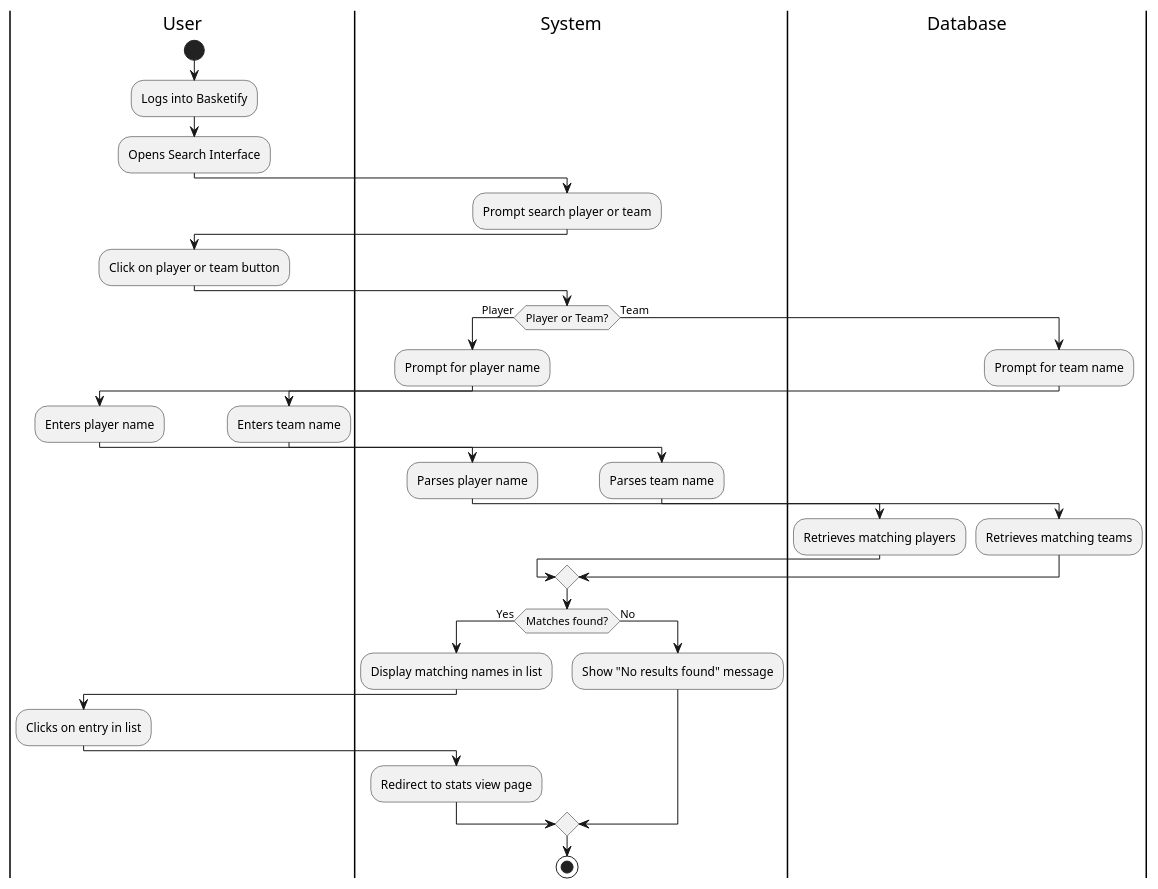
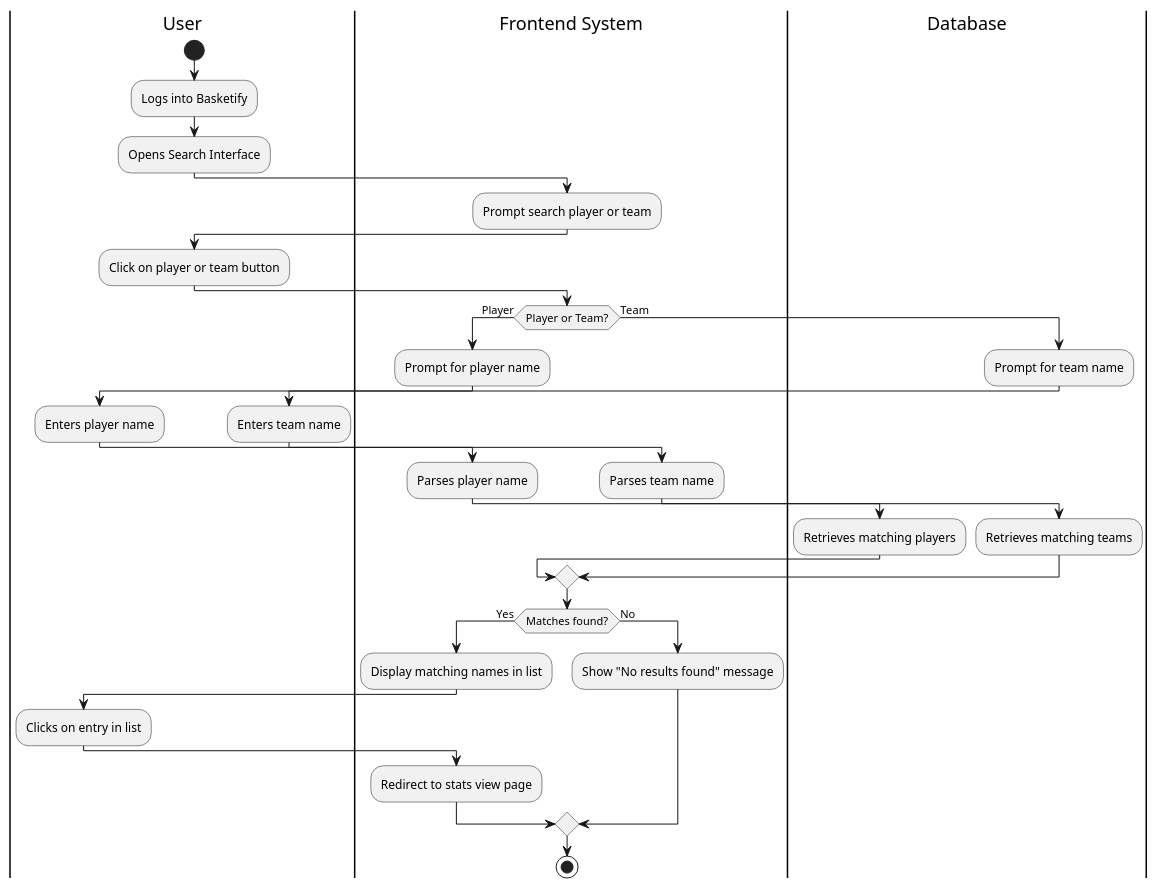
One commit to arongu321/Basketify_SBX changed the third of 9 diagrams in diagrams/Activity/activity.puml. Above: the diagram before and after it, drawn with PlantUML. The commit also changed other lines of this file and 10 other files, not shown here.

```diff
--- a/diagrams/Activity/activity.puml
+++ b/diagrams/Activity/activity.puml
@@ -141,43 +168,43 @@
 @startuml SearchFunctionality
 |User|
 start
 :Logs into Basketify;
 :Opens Search Interface;
 
-|System|
+|Frontend System|
 :Prompt search player or team;
 
 |User|
 :Click on player or team button;
 
-|System|
+|Frontend System|
 if (Player or Team?) then (Player)
     :Prompt for player name;
     |User|
     :Enters player name;
-    |System|
+    |Frontend System|
     :Parses player name;
     |Database|
     :Retrieves matching players;
 else (Team)
     :Prompt for team name;
     |User|
     :Enters team name;
-    |System|
+    |Frontend System|
     :Parses team name;
     |Database|
     :Retrieves matching teams;
 endif
 
-|System|
+|Frontend System|
 if (Matches found?) then (Yes)
     :Display matching names in list;
     |User|
     :Clicks on entry in list;
-    |System|
+    |Frontend System|
     :Redirect to stats view page;
 else (No)
     :Show "No results found" message;
 endif
 stop
 @enduml
```
